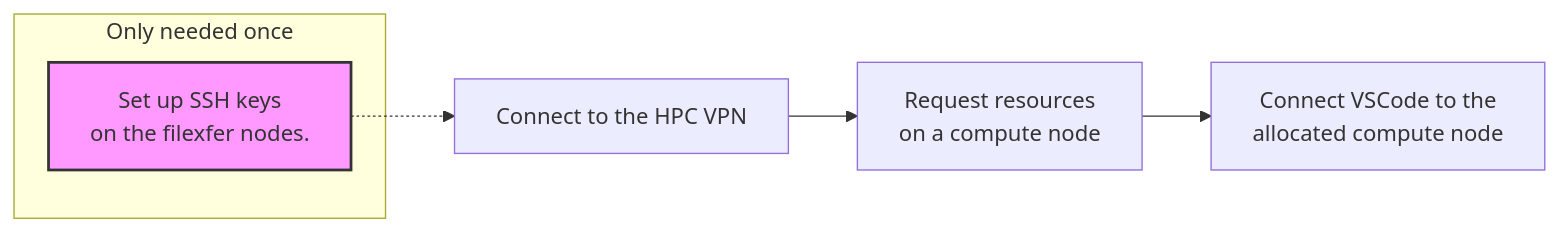
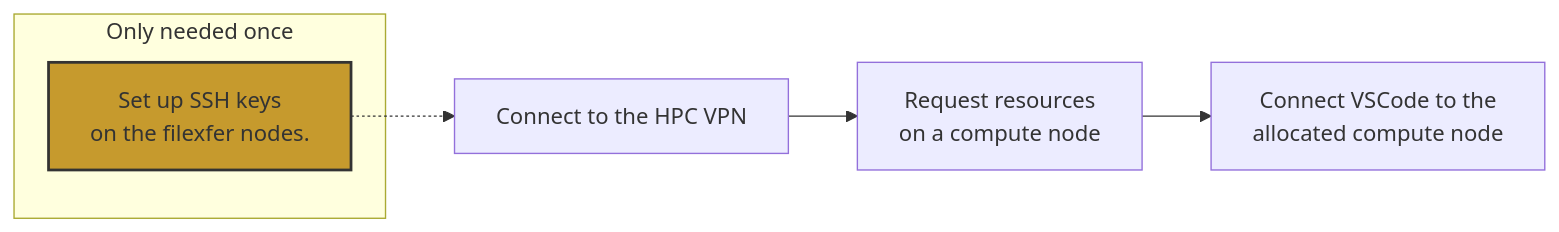
One commit to UA-ResearchComputing-HPC/hpc-documentation changed the diagram in docs/software/popular_software/vscode_remote_connection/index.md. Above: the diagram before and after it, drawn with Mermaid. The commit also changed other lines of this file and 75 other files, not shown here.

````diff
--- a/docs/software/popular_software/vscode_remote_connection/index.md
+++ b/docs/software/popular_software/vscode_remote_connection/index.md
@@ -25,10 +25,10 @@
 ```mermaid
 graph LR
 subgraph Only needed once
-    style A fill:#f9f,stroke:#333,stroke-width:2px
+    style A fill:#C69A2D,stroke:#333,stroke-width:2px
     A[Set up SSH keys<br>on the filexfer nodes.]
 end
 A -.-> B[Connect to the HPC VPN]
 B --> C[Request resources<br>on a compute node]
 C --> D[Connect VSCode to the<br>allocated compute node]
 ```
````
